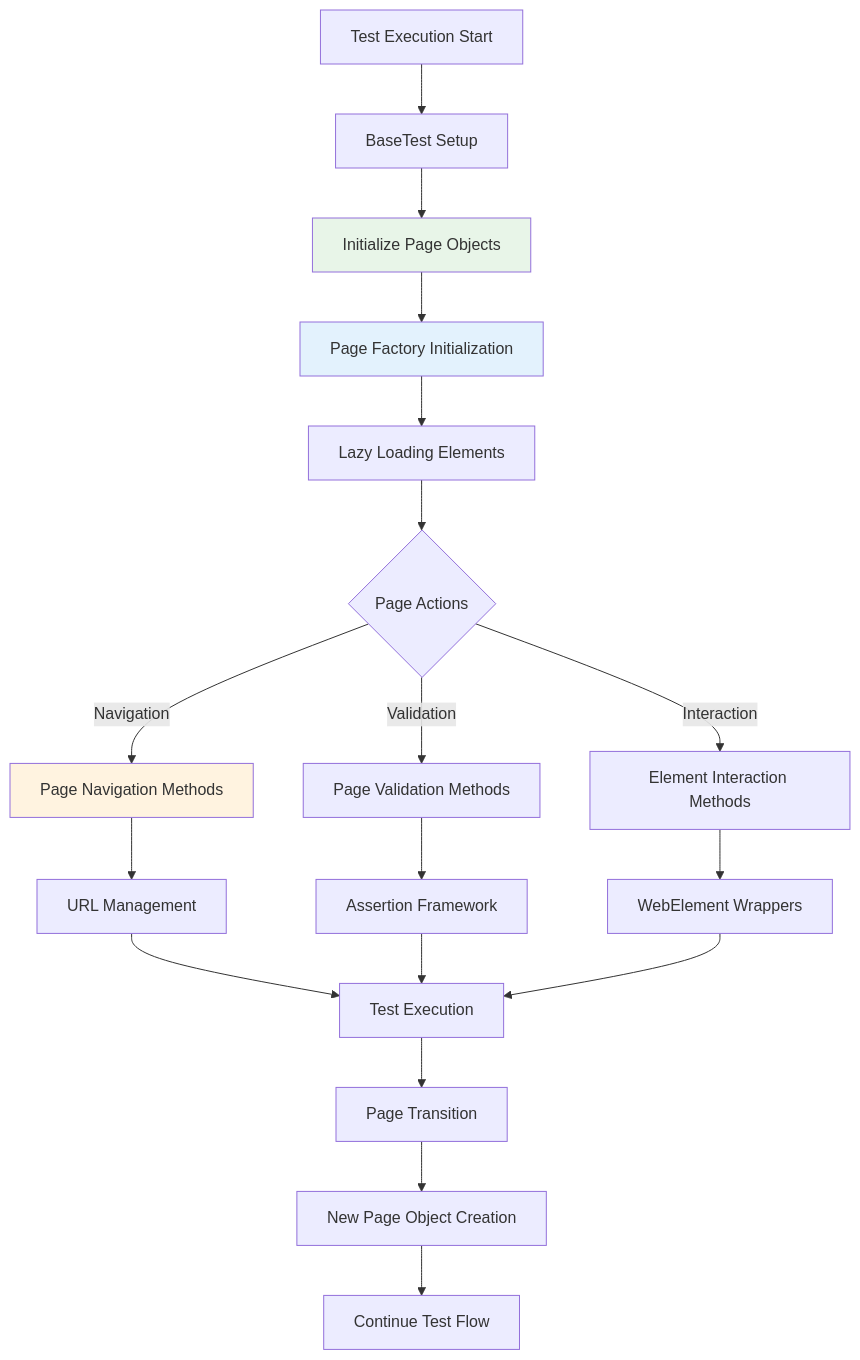
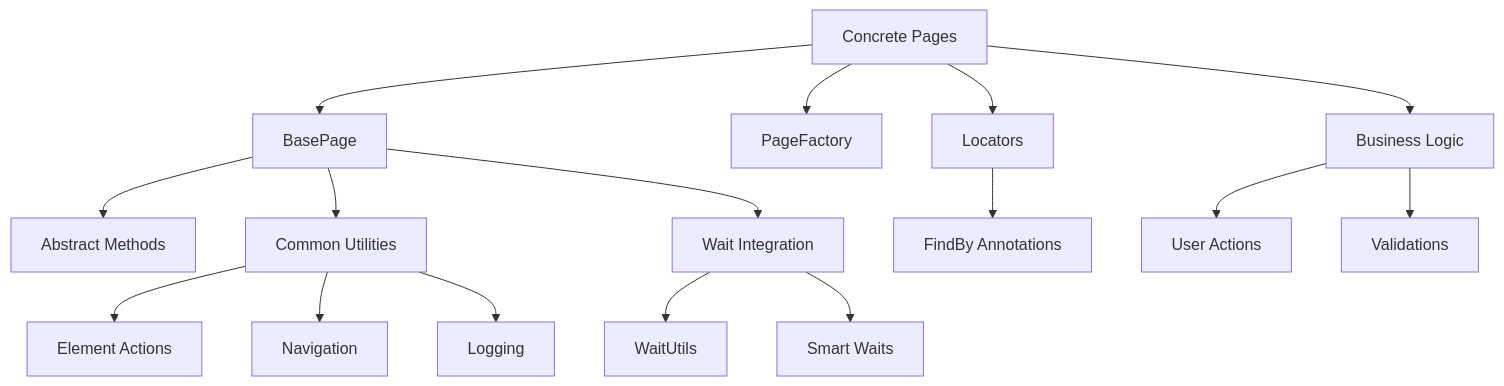
The third of 5 diagrams in README.md (Anuj-Patiyal/hybrid-framework), drawn with Mermaid before and after one commit. The commit also changed other lines of this file and 10 other files, not shown here.

First line of the commit message:
🎯 [RELEASE] v0.7.0 - Smart Wait Utilities Release (#38)

````diff
--- a/README.md
+++ b/README.md
@@ -116,28 +434,22 @@
 ```mermaid
-flowchart TD
-    A[Test Execution Start] --> B[BaseTest Setup]
-    B --> C[Initialize Page Objects]
-    C --> D[Page Factory Initialization]
-    D --> E[Lazy Loading Elements]
+graph TB
+    A[BasePage] --> B[Abstract Methods]
+    A --> C[Common Utilities]
+    A --> D[Wait Integration]
     
-    E --> F{Page Actions}
-    F -->|Navigation| G[Page Navigation Methods]
-    F -->|Validation| H[Page Validation Methods]
-    F -->|Interaction| I[Element Interaction Methods]
+    C --> E[Element Actions]
+    C --> F[Navigation]
+    C --> G[Logging]
     
-    G --> J[URL Management]
-    H --> K[Assertion Framework]
-    I --> L[WebElement Wrappers]
+    D --> H[WaitUtils]
+    D --> I[Smart Waits]
     
-    J --> M[Test Execution]
-    K --> M
-    L --> M
+    J[Concrete Pages] --> A
+    J --> K[PageFactory]
+    J --> L[Locators]
+    J --> M[Business Logic]
     
-    M --> N[Page Transition]
-    N --> O[New Page Object Creation]
-    O --> P[Continue Test Flow]
-    
-    style C fill:#e8f5e8
-    style D fill:#e3f2fd
-    style G fill:#fff3e0
+    L --> N[FindBy Annotations]
+    M --> O[User Actions]
+    M --> P[Validations]
 ```
````
